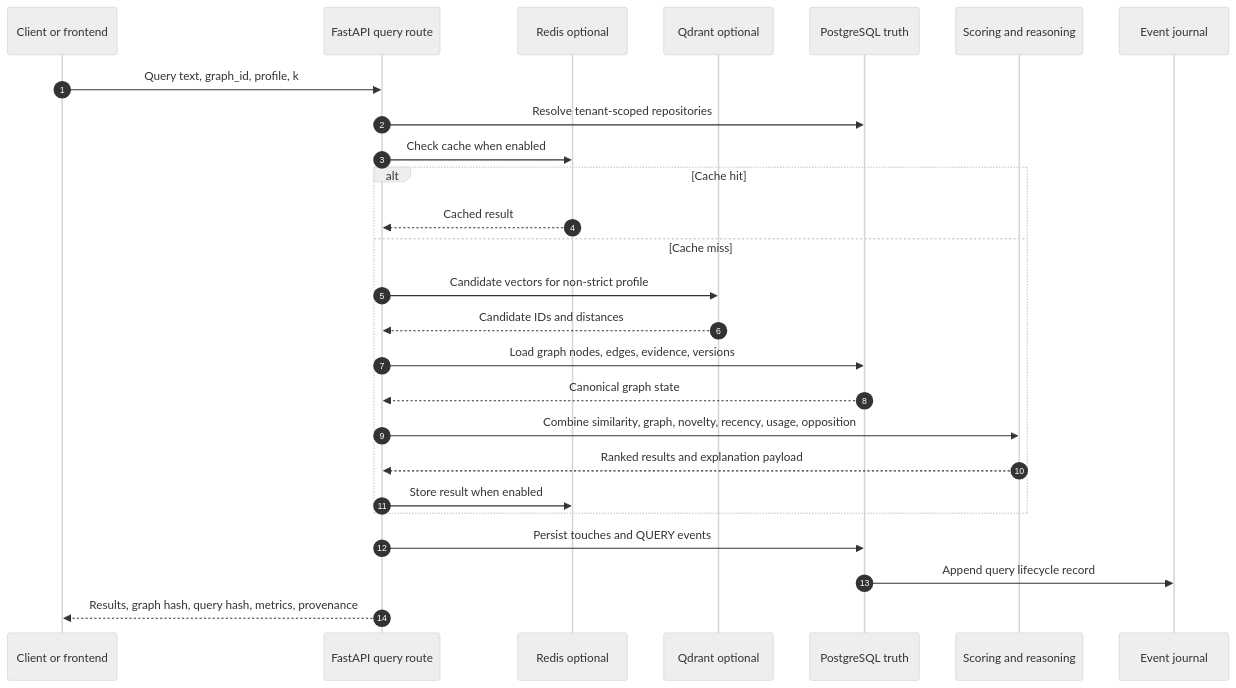
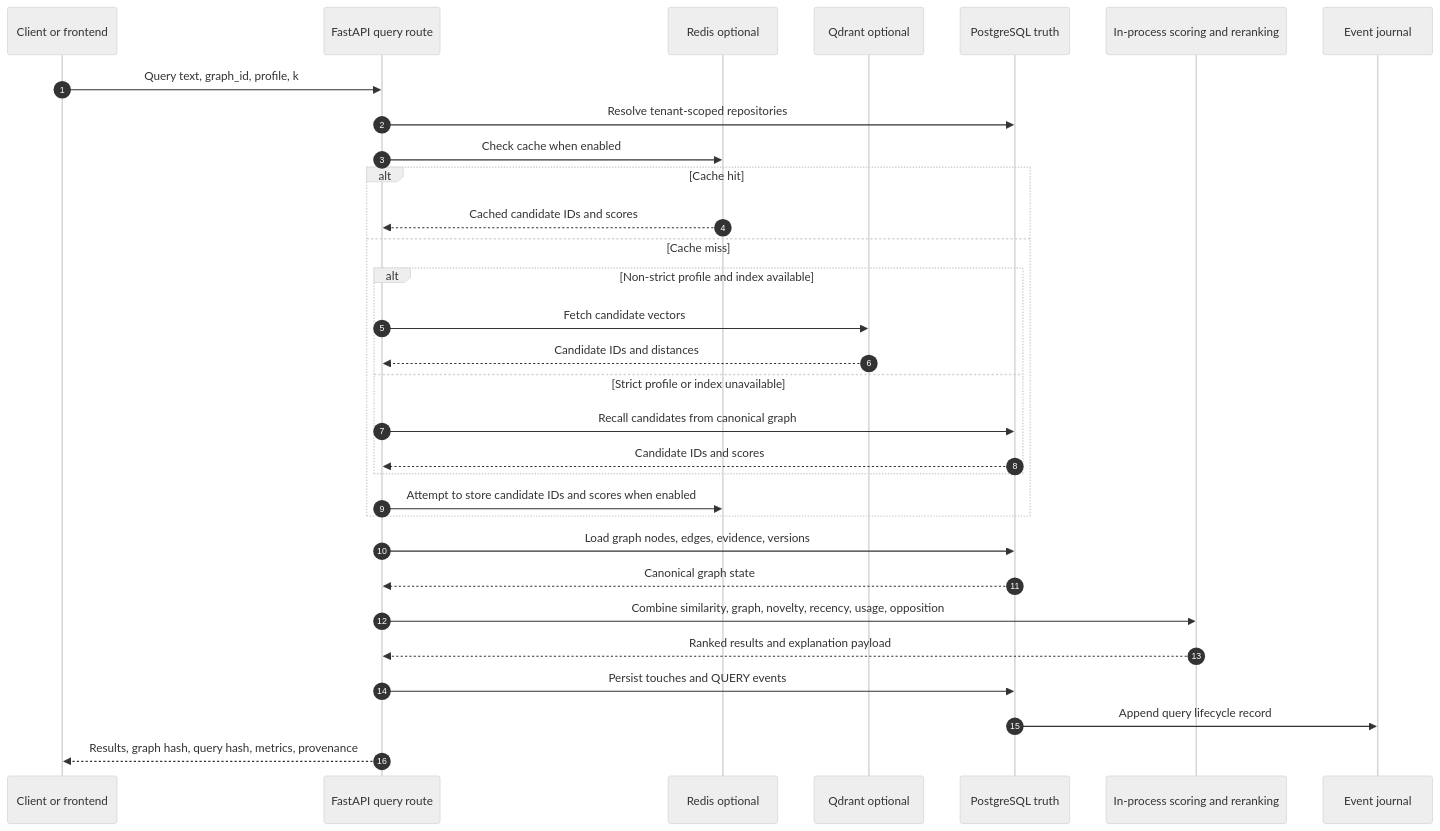
Before and after one commit to sainibhaowal/FAIMatrix: the third of 5 diagrams in README.md, drawn with Mermaid (neutral theme). The commit also changed other lines of this file and 1 other file, not shown here.

Commit message:
docs: make public architecture deployment-neutral

````diff
--- a/README.md
+++ b/README.md
@@ -174,29 +174,34 @@
 ```mermaid
 sequenceDiagram
     autonumber
     participant C as Client or frontend
     participant A as FastAPI query route
     participant R as Redis optional
     participant Q as Qdrant optional
     participant P as PostgreSQL truth
-    participant S as Scoring and reasoning
+    participant S as In-process scoring and reranking
     participant J as Event journal
 
     C->>A: Query text, graph_id, profile, k
     A->>P: Resolve tenant-scoped repositories
     A->>R: Check cache when enabled
     alt Cache hit
-        R-->>A: Cached result
+        R-->>A: Cached candidate IDs and scores
     else Cache miss
-        A->>Q: Candidate vectors for non-strict profile
-        Q-->>A: Candidate IDs and distances
-        A->>P: Load graph nodes, edges, evidence, versions
-        P-->>A: Canonical graph state
-        A->>S: Combine similarity, graph, novelty, recency, usage, opposition
-        S-->>A: Ranked results and explanation payload
-        A->>R: Store result when enabled
+        alt Non-strict profile and index available
+            A->>Q: Fetch candidate vectors
+            Q-->>A: Candidate IDs and distances
+        else Strict profile or index unavailable
+            A->>P: Recall candidates from canonical graph
+            P-->>A: Candidate IDs and scores
+        end
+        A->>R: Attempt to store candidate IDs and scores when enabled
     end
+    A->>P: Load graph nodes, edges, evidence, versions
+    P-->>A: Canonical graph state
+    A->>S: Combine similarity, graph, novelty, recency, usage, opposition
+    S-->>A: Ranked results and explanation payload
     A->>P: Persist touches and QUERY events
     P->>J: Append query lifecycle record
     A-->>C: Results, graph hash, query hash, metrics, provenance
 ```
````
